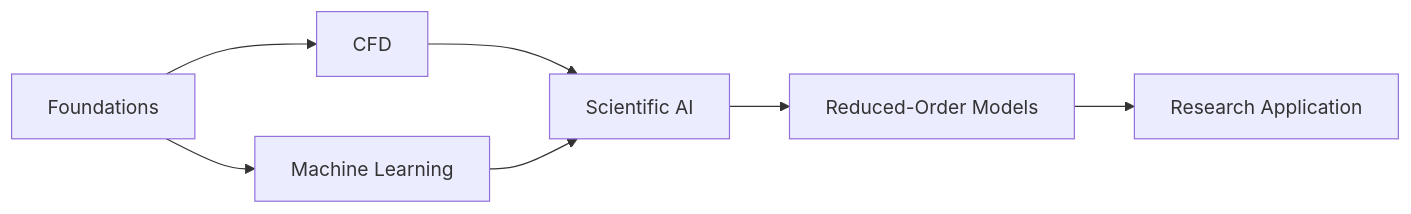
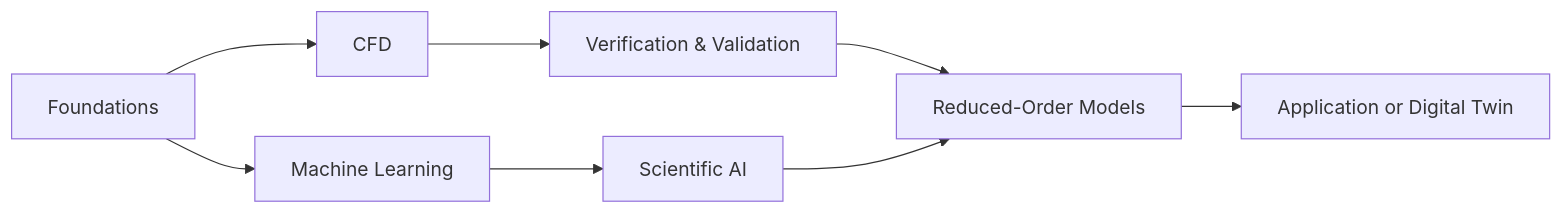
The diagram in learning-paths/README.md (islam-md-didarul/mechanical-cfd-ai-research-hub), drawn with Mermaid before and after one commit. The commit also changed other lines of this file and 20 other files, not shown here.

````diff
--- a/learning-paths/README.md
+++ b/learning-paths/README.md
@@ -15,9 +13,10 @@
 ```mermaid
 flowchart LR
     A["Foundations"] --> B["CFD"]
     A --> C["Machine Learning"]
-    B --> D["Scientific AI"]
-    C --> D
-    D --> E["Reduced-Order Models"]
-    E --> F["Research Application"]
+    B --> D["Verification & Validation"]
+    C --> E["Scientific AI"]
+    D --> F["Reduced-Order Models"]
+    E --> F
+    F --> G["Application or Digital Twin"]
 ```
````
